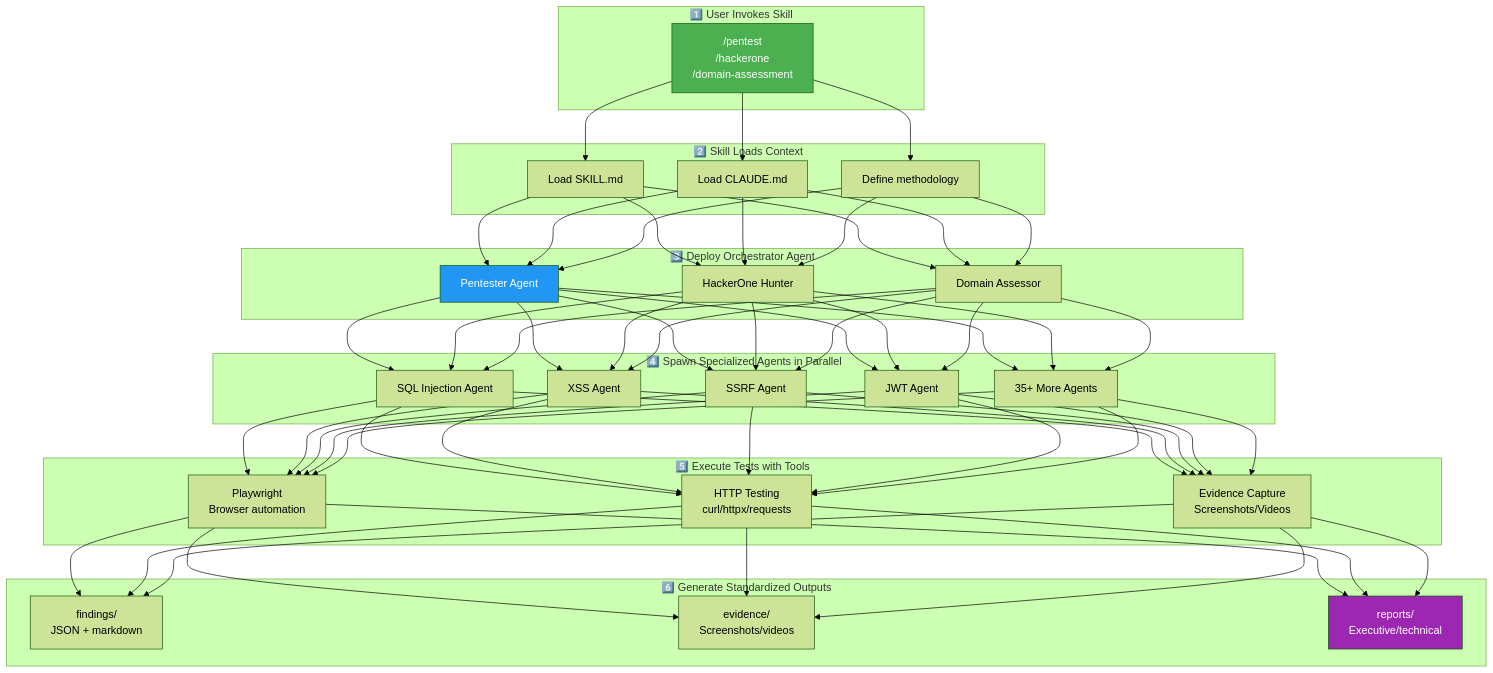
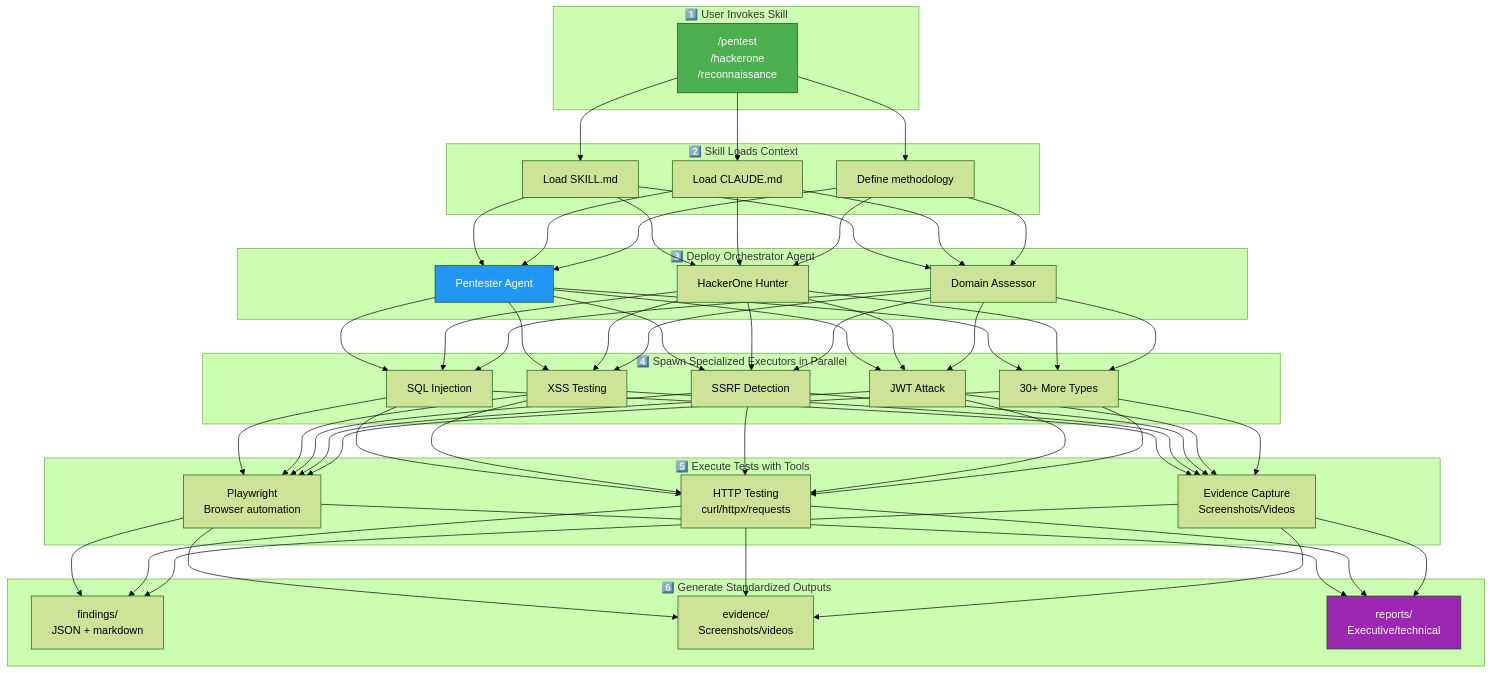
The third of 5 diagrams in README.md (l0h1nth/communitytools), drawn with Mermaid (forest theme) before and after one commit. The commit also changed other lines of this file and 20 other files, not shown here.

````diff
--- a/README.md
+++ b/README.md
@@ -554,48 +581,48 @@
 ```mermaid
 flowchart TB
     subgraph "1️⃣ User Invokes Skill"
-        A["/pentest<br/>/hackerone<br/>/domain-assessment"]
+        A["/pentest<br/>/hackerone<br/>/reconnaissance"]
     end
 
     subgraph "2️⃣ Skill Loads Context"
         B1[Load SKILL.md]
         B2[Load CLAUDE.md]
         B3[Define methodology]
     end
 
     subgraph "3️⃣ Deploy Orchestrator Agent"
         C1[Pentester Agent]
         C2[HackerOne Hunter]
         C3[Domain Assessor]
     end
 
-    subgraph "4️⃣ Spawn Specialized Agents in Parallel"
-        D1[SQL Injection Agent]
-        D2[XSS Agent]
-        D3[SSRF Agent]
-        D4[JWT Agent]
-        D5[35+ More Agents]
+    subgraph "4️⃣ Spawn Specialized Executors in Parallel"
+        D1[SQL Injection]
+        D2[XSS Testing]
+        D3[SSRF Detection]
+        D4[JWT Attack]
+        D5[30+ More Types]
     end
 
     subgraph "5️⃣ Execute Tests with Tools"
         E1[Playwright<br/>Browser automation]
         E2[HTTP Testing<br/>curl/httpx/requests]
         E3[Evidence Capture<br/>Screenshots/Videos]
     end
 
     subgraph "6️⃣ Generate Standardized Outputs"
         F1[findings/<br/>JSON + markdown]
         F2[evidence/<br/>Screenshots/videos]
         F3[reports/<br/>Executive/technical]
     end
 
     A --> B1 & B2 & B3
     B1 & B2 & B3 --> C1 & C2 & C3
     C1 & C2 & C3 --> D1 & D2 & D3 & D4 & D5
     D1 & D2 & D3 & D4 & D5 --> E1 & E2 & E3
     E1 & E2 & E3 --> F1 & F2 & F3
 
     style A fill:#4CAF50,color:#fff
     style C1 fill:#2196F3,color:#fff
     style F3 fill:#9C27B0,color:#fff
 ```
````
